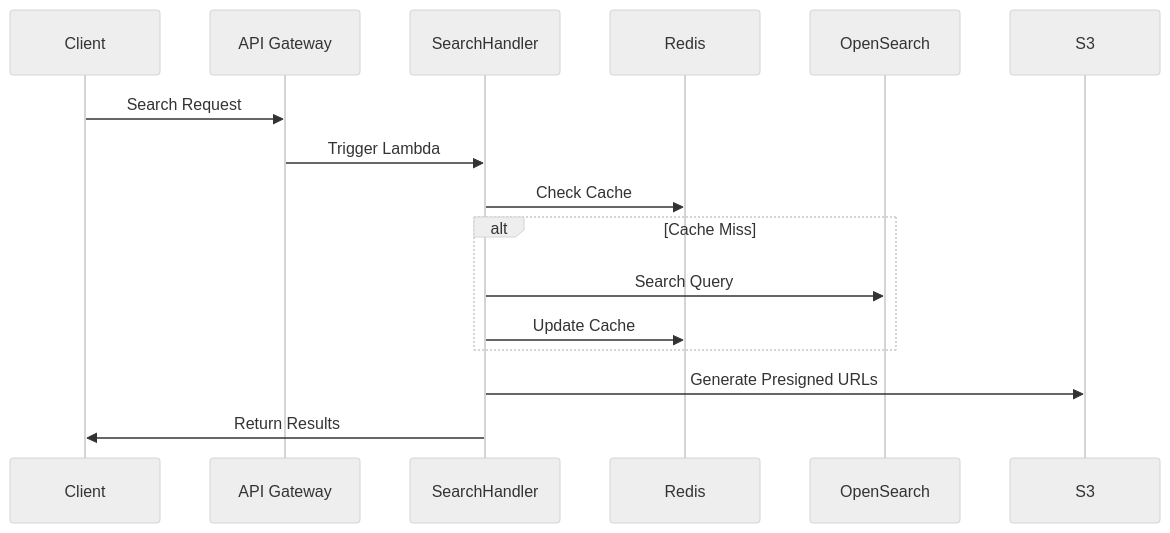
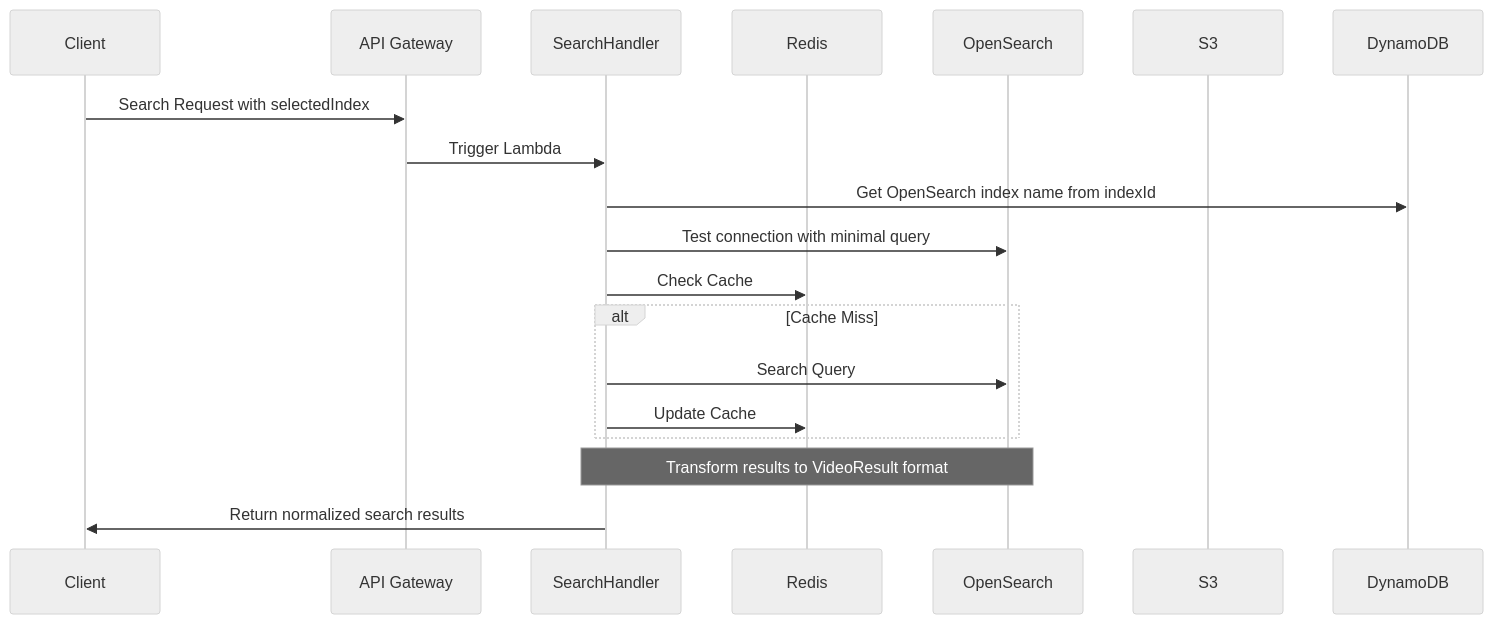
One commit to yike5460/shortvideo-online changed the third of 5 diagrams in README.md. Above: the diagram before and after it, drawn with Mermaid (neutral theme). The commit also changed other lines of this file and 6 other files, not shown here.

````diff
--- a/README.md
+++ b/README.md
@@ -375,19 +375,21 @@
 ```mermaid
 sequenceDiagram
     participant Client
     participant API Gateway
     participant SearchHandler
     participant Redis
     participant OpenSearch
     participant S3
 
-    Client->>API Gateway: Search Request
+    Client->>API Gateway: Search Request with selectedIndex
     API Gateway->>SearchHandler: Trigger Lambda
-    SearchHandler->>Redis: Check Cache
+    SearchHandler->>DynamoDB: Get OpenSearch index name from indexId
+    SearchHandler->>OpenSearch: Test connection with minimal query
+        SearchHandler->>Redis: Check Cache
     alt Cache Miss
         SearchHandler->>OpenSearch: Search Query
         SearchHandler->>Redis: Update Cache
     end
-    SearchHandler->>S3: Generate Presigned URLs
-    SearchHandler->>Client: Return Results
+    Note over SearchHandler,OpenSearch: Transform results to VideoResult format
+    SearchHandler->>Client: Return normalized search results
 ```
````
